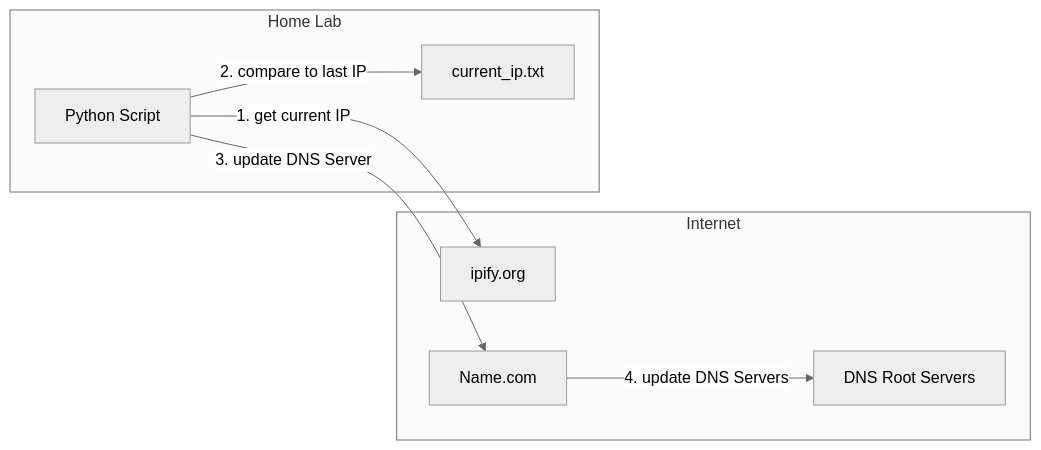
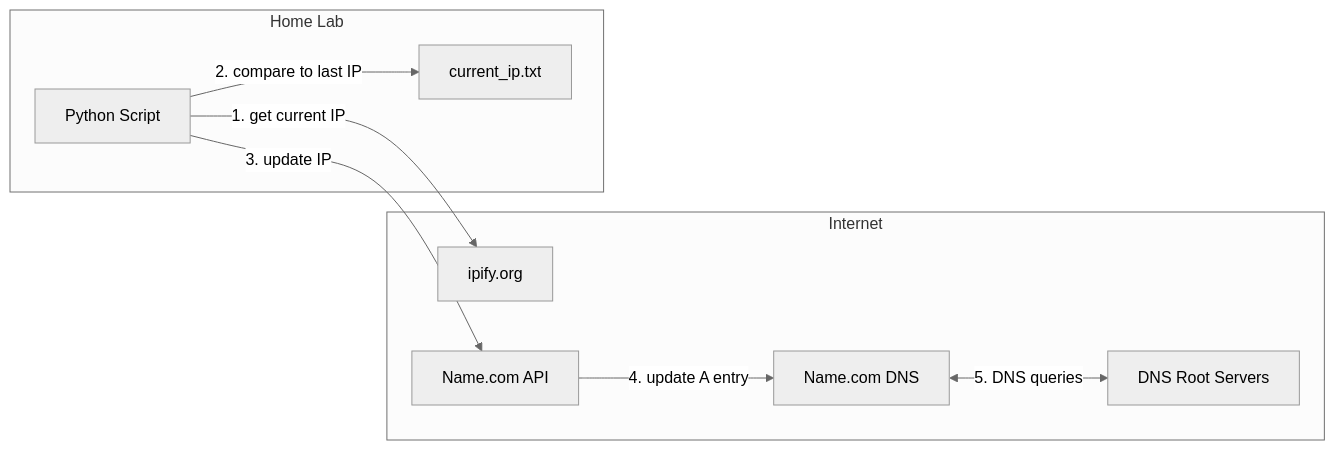
Before and after one commit to yasuoiwakura/py-name.com-dyndns-updater: the first of 2 diagrams in README.md, drawn with Mermaid (neutral theme). The commit also changed other lines of this file, not shown here.

Commit message:
readme improve flowchart

````diff
--- a/README.md
+++ b/README.md
@@ -12,22 +13,23 @@
 ```mermaid
 
 flowchart LR
 
 subgraph I[Internet]
     IP[ipify.org]
-    N[Name.com]
+    NAPI[Name.com API]
+    N[Name.com DNS]
     DNS[DNS Root Servers]
 end
 
 subgraph L[Home Lab]
     P[Python Script]
     TXT[current_ip.txt]
 end
 
 P -- 1. get current IP --> IP
 P -- 2. compare to last IP --> TXT
-P -- 3. update DNS Server --> N
-N -- 4. update DNS Servers --> DNS
-
+P -- 3. update IP --> NAPI
+NAPI -- 4. update A entry --> N
+N <-- 5. DNS queries --> DNS
 
 ```
````
